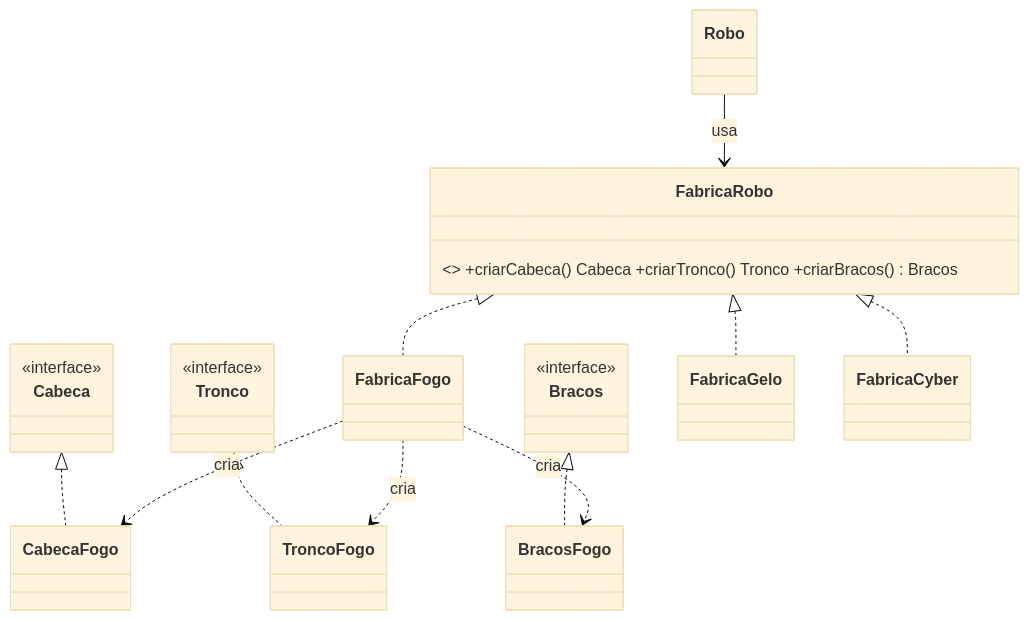
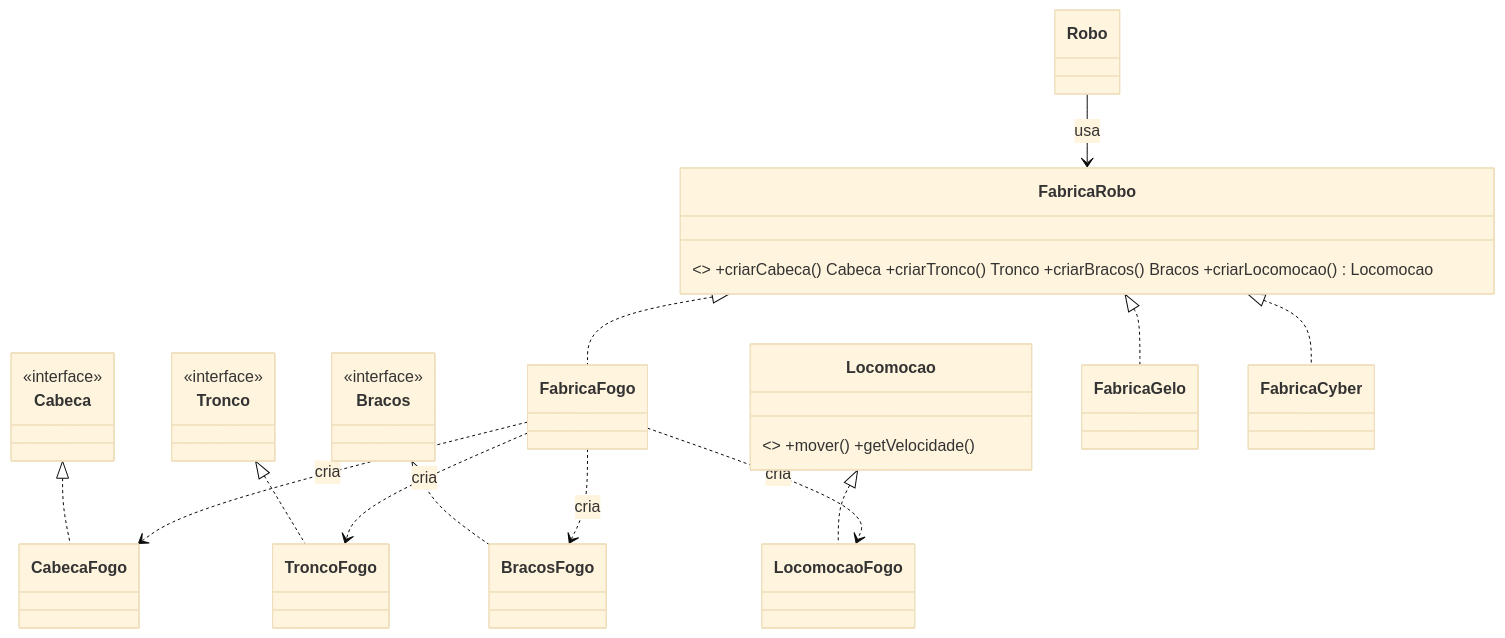
One commit to Roliveira96/projeto-poo changed the first of 3 diagrams in README.md. Above: the diagram before and after it, drawn with Mermaid (base theme). The commit also changed other lines of this file and 13 other files, not shown here.

````diff
--- a/README.md
+++ b/README.md
@@ -67,17 +68,20 @@
 ```mermaid
 classDiagram
-  class FabricaRobo { <<interface>> +criarCabeca() Cabeca +criarTronco() Tronco +criarBracos() Bracos }
+  class FabricaRobo { <<interface>> +criarCabeca() Cabeca +criarTronco() Tronco +criarBracos() Bracos +criarLocomocao() Locomocao }
   class Cabeca { <<interface>> }
   class Tronco { <<interface>> }
   class Bracos { <<interface>> }
+  class Locomocao { <<interface>> +mover() +getVelocidade() }
   FabricaRobo <|.. FabricaFogo
   FabricaRobo <|.. FabricaGelo
   FabricaRobo <|.. FabricaCyber
   Cabeca <|.. CabecaFogo
   Tronco <|.. TroncoFogo
   Bracos <|.. BracosFogo
+  Locomocao <|.. LocomocaoFogo
   FabricaFogo ..> CabecaFogo : cria
   FabricaFogo ..> TroncoFogo : cria
   FabricaFogo ..> BracosFogo : cria
+  FabricaFogo ..> LocomocaoFogo : cria
   Robo --> FabricaRobo : usa
 ```
````
